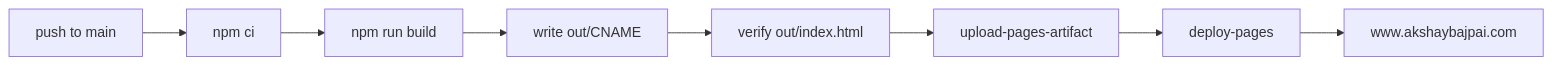
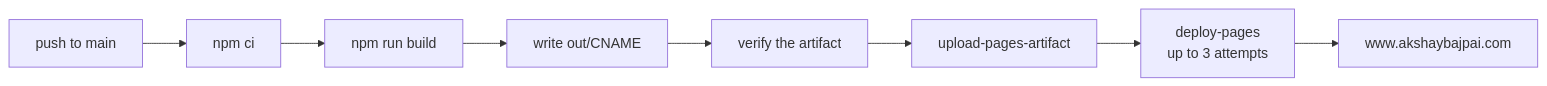
Before and after one commit to ax5hay/akshaybajpai.com: the sixth of 6 diagrams in README.md, drawn with Mermaid. The commit also changed other lines of this file and 25 other files, not shown here.

````diff
--- a/README.md
+++ b/README.md
@@ -639,7 +697,7 @@
 ```mermaid
 flowchart LR
   PUSH["push to main"] --> CI["npm ci"] --> BUILD["npm run build"]
-  BUILD --> CNAME["write out/CNAME"] --> VERIFY["verify out/index.html"]
-  VERIFY --> UPLOAD["upload-pages-artifact"] --> DEPLOY["deploy-pages"]
+  BUILD --> CNAME["write out/CNAME"] --> VERIFY["verify the artifact"]
+  VERIFY --> UPLOAD["upload-pages-artifact"] --> DEPLOY["deploy-pages<br/>up to 3 attempts"]
   DEPLOY --> LIVE["www.akshaybajpai.com"]
 ```
````
